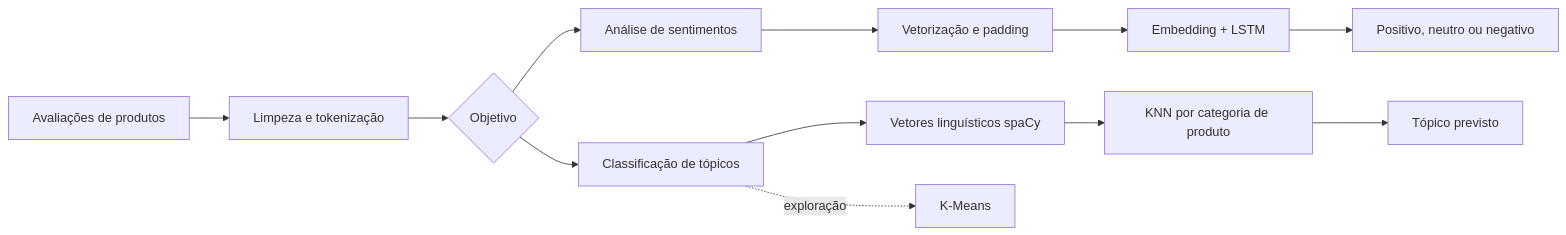
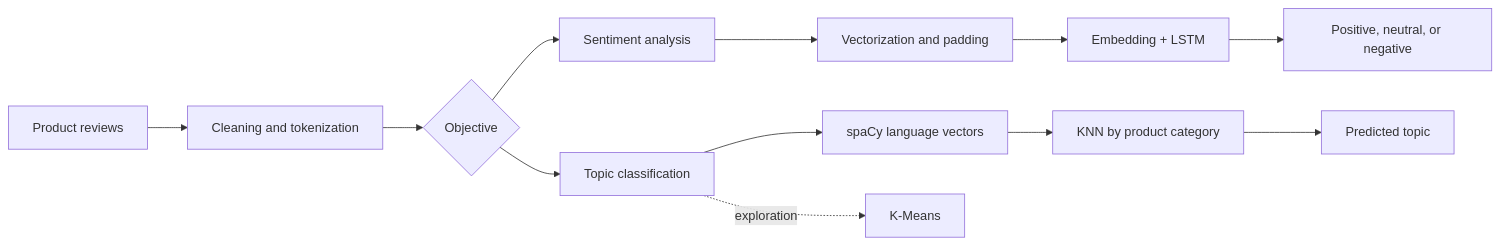
One commit to ozsp12/lstm_for_the_win changed the diagram in README.md. Above: the diagram before and after it, drawn with Mermaid. The commit also changed other lines of this file and 8 other files, not shown here.

````diff
--- a/README.md
+++ b/README.md
@@ -7,17 +7,17 @@
 ```mermaid
 flowchart LR
-    A["Avaliações de produtos"] --> B["Limpeza e tokenização"]
-    B --> C{"Objetivo"}
+    A["Product reviews"] --> B["Cleaning and tokenization"]
+    B --> C{"Objective"}
 
-    C --> D["Análise de sentimentos"]
-    D --> E["Vetorização e padding"]
+    C --> D["Sentiment analysis"]
+    D --> E["Vectorization and padding"]
     E --> F["Embedding + LSTM"]
-    F --> G["Positivo, neutro ou negativo"]
+    F --> G["Positive, neutral, or negative"]
 
-    C --> H["Classificação de tópicos"]
-    H --> I["Vetores linguísticos spaCy"]
-    I --> J["KNN por categoria de produto"]
-    J --> K["Tópico previsto"]
+    C --> H["Topic classification"]
+    H --> I["spaCy language vectors"]
+    I --> J["KNN by product category"]
+    J --> K["Predicted topic"]
 
-    H -. exploração .-> L["K-Means"]
+    H -. exploration .-> L["K-Means"]
 ```
````
